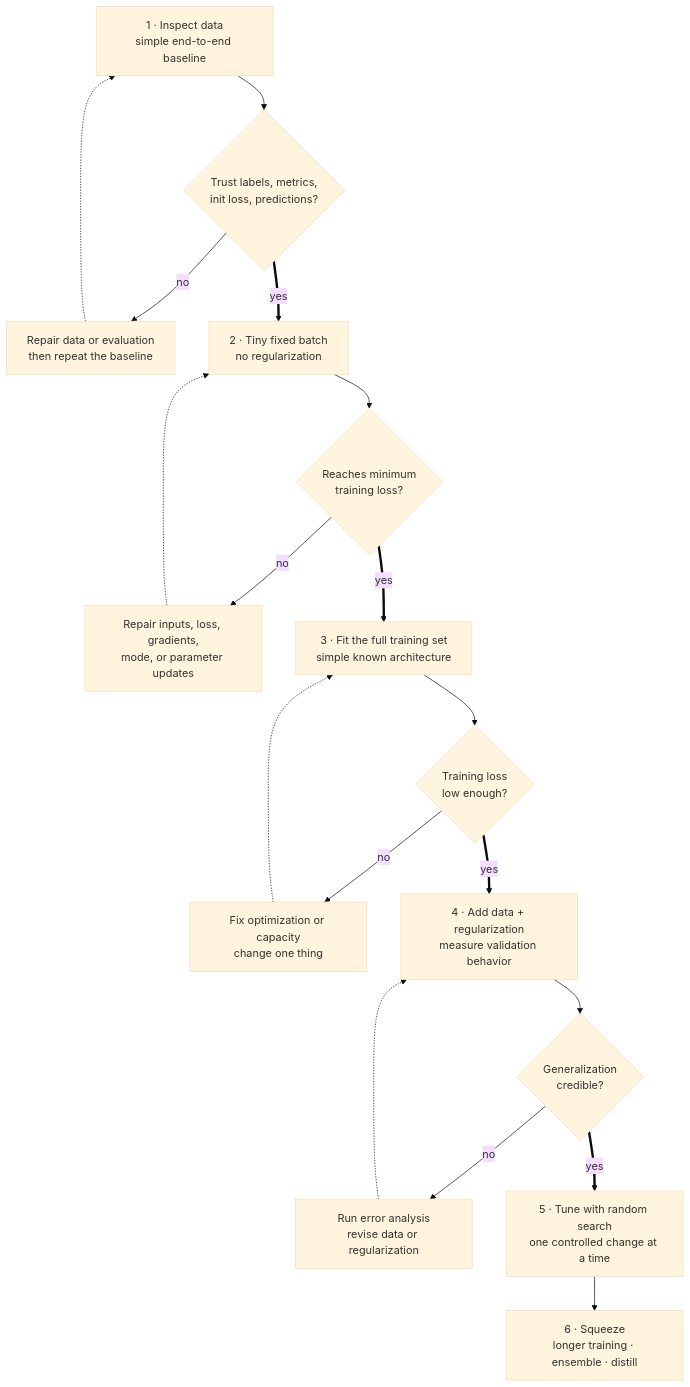
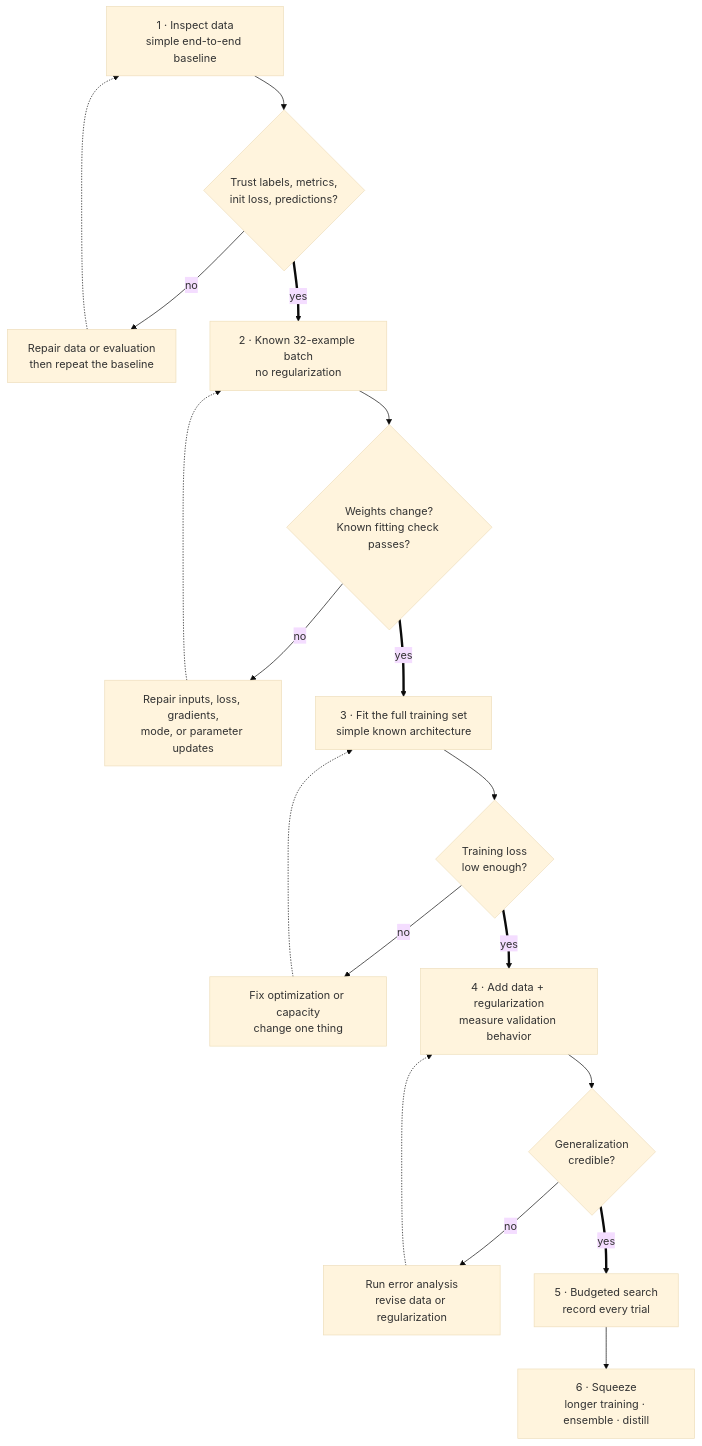
Before and after one commit to mlmentorship/mlmentorship.github.io: the diagram in src/content/posts/2026-05-31-neural-network-training-recipe.md, drawn with Mermaid (base theme). The commit also changed other lines of this file and 258 other files, not shown here.

````diff
--- a/src/content/posts/2026-05-31-neural-network-training-recipe.md
+++ b/src/content/posts/2026-05-31-neural-network-training-recipe.md
@@ -22,28 +24,28 @@
 ```mermaid
 flowchart TB
 	accTitle: The neural-network training recipe as evidence gates
-	accDescr: Start by inspecting data and building a simple end-to-end baseline. Advance only if labels, metrics, initial loss, and predictions are trustworthy. Next train without regularization on one tiny fixed batch. If it cannot reach the minimum loss, repair the inputs, loss, gradients, modes, or updates and repeat. If it passes, increase capacity until the full training set can be fit. If that fails, repair optimization or capacity before continuing. Only then add data or regularization and judge validation behavior. Once generalization is credible, tune one variable at a time with random search, then consider ensembles, longer training, or distillation.
+	accDescr: Inspect data and establish a trustworthy baseline. The teaching fixture has 32 distinct inputs in four classes. Zero logits give mean cross-entropy log four. A backward pass produces gradients but leaves parameters unchanged until an optimizer step occurs. Check updates and an attainable fixed-batch fitting threshold before testing full-set fitting, generalization and budgeted tuning. A failed check returns to its supporting assumptions. Tiny-batch success does not establish validation quality, and failure need not imply a software bug if labels conflict or capacity is insufficient.
 	D["1 · Inspect data<br/>simple end-to-end baseline"] --> G1{"Trust labels, metrics,<br/>init loss, predictions?"}
 	G1 -->|"no"| R1["Repair data or evaluation<br/>then repeat the baseline"]
 	R1 -.-> D
-	G1 ==>|"yes"| T["2 · Tiny fixed batch<br/>no regularization"]
-	T --> G2{"Reaches minimum<br/>training loss?"}
+	G1 ==>|"yes"| T["2 · Known 32-example batch<br/>no regularization"]
+	T --> G2{"Weights change?<br/>Known fitting check passes?"}
 	G2 -->|"no"| R2["Repair inputs, loss, gradients,<br/>mode, or parameter updates"]
 	R2 -.-> T
 	G2 ==>|"yes"| F["3 · Fit the full training set<br/>simple known architecture"]
 	F --> G3{"Training loss<br/>low enough?"}
 	G3 -->|"no"| R3["Fix optimization or capacity<br/>change one thing"]
 	R3 -.-> F
 	G3 ==>|"yes"| V["4 · Add data + regularization<br/>measure validation behavior"]
 	V --> G4{"Generalization<br/>credible?"}
 	G4 -->|"no"| R4["Run error analysis<br/>revise data or regularization"]
 	R4 -.-> V
-	G4 ==>|"yes"| H["5 · Tune with random search<br/>one controlled change at a time"]
+	G4 ==>|"yes"| H["5 · Budgeted search<br/>record every trial"]
 	H --> S["6 · Squeeze<br/>longer training · ensemble · distill"]
 	class D,T,F,V viz-input
 	class G1,G2,G3,G4 viz-focus
 	class R1,R2,R3,R4 viz-warning
 	class H viz-state
 	class S viz-output
 	class D viz-wide
 ```
````
